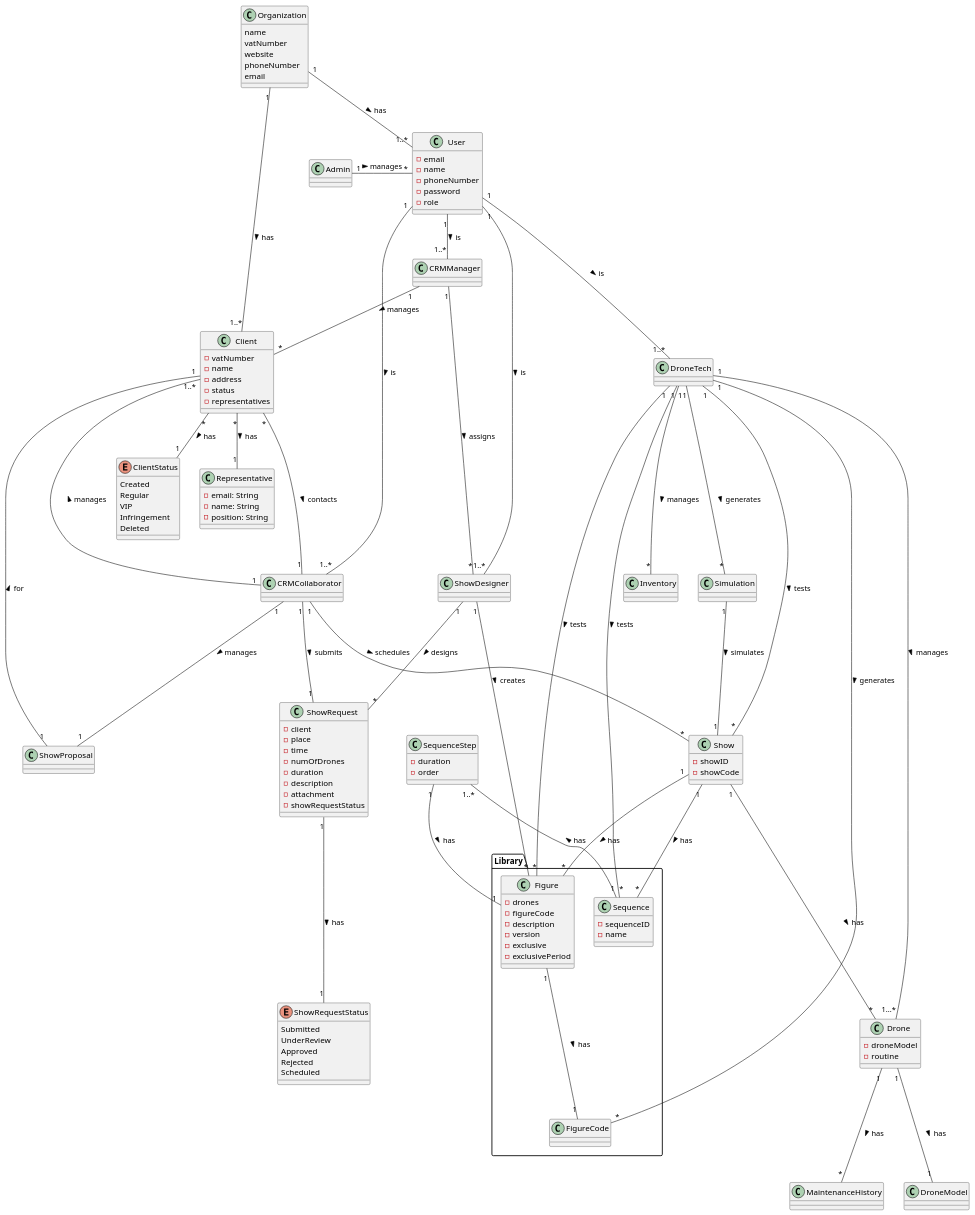
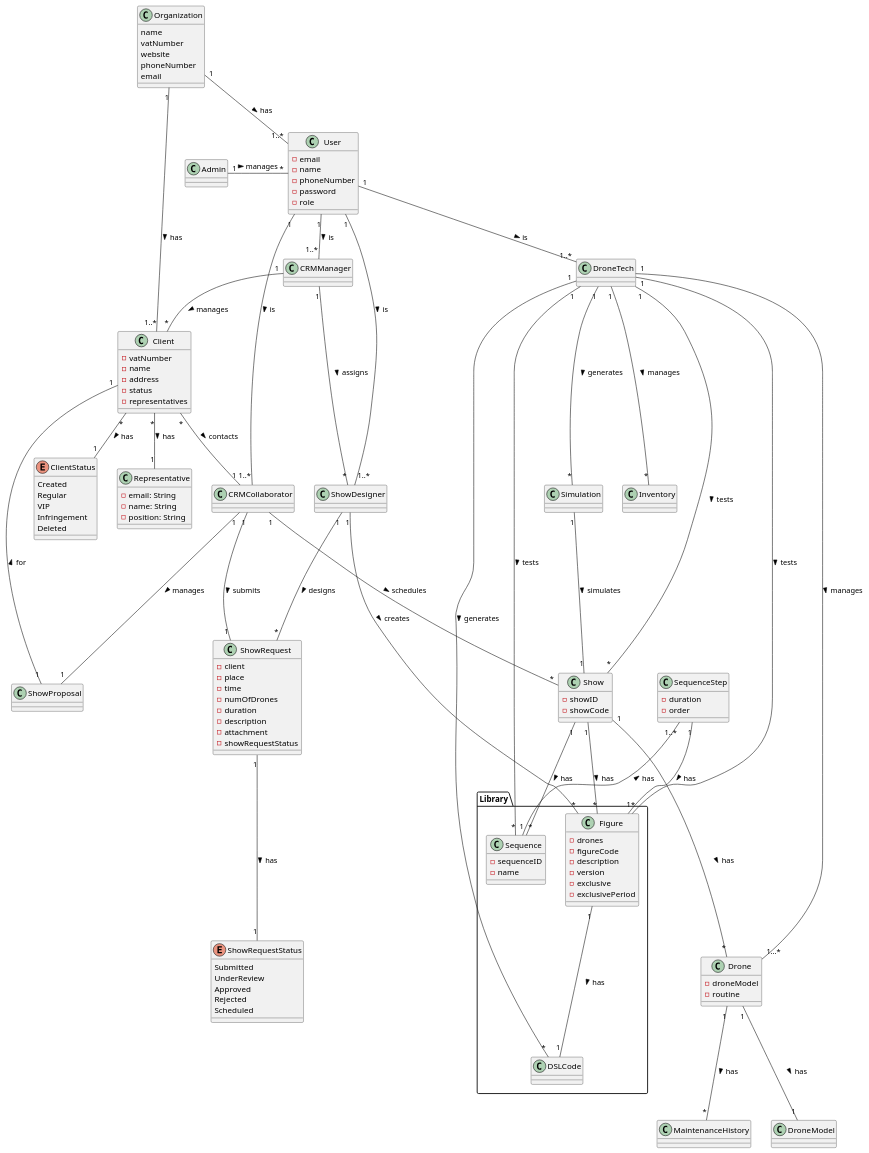
The diagram in SEMPI4_2425_G312/docs/Domain Model Tiago.puml (LopemigueISEP/LAPR4-G312), drawn with PlantUML before and after one commit. The commit also changed 1 other file, not shown here.

```diff
--- a/SEMPI4_2425_G312/docs/Domain Model Tiago.puml
+++ b/SEMPI4_2425_G312/docs/Domain Model Tiago.puml
@@ -1,191 +1,190 @@
 @startuml
 package Library{
 
     class Figure{
         - drones
         - figureCode
         - description
         - version
         - exclusive
         - exclusivePeriod
     }
 
-    class FigureCode{
+    class DSLCode{
     }
 
     class Sequence{
      - sequenceID
      - name
     }
 }
 
 class Organization {
     name
     vatNumber
     website
     phoneNumber
     email
 }
 
 class Client{
     - vatNumber
     - name
     - address
     - status
     - representatives
 }
 
 enum ClientStatus{
     Created
     Regular
     VIP
     Infringement
     Deleted
 }
 
 class Representative {
   - email: String
   - name: String
   - position: String
 }
 
 class ShowProposal{
 }
 
 class Show{
     - showID
     - showCode
 }
 
 class Simulation{
 }
 
 class User{
     - email
     - name
     - phoneNumber
     - password
     - role
 }
 
 class Admin{
 }
 
 class  CRMManager{
 }
 
 class CRMCollaborator{
 }
 
 class ShowDesigner{
 }
 
 class DroneTech{
 }
 
 class ShowRequest{
     - client
     - place
     - time
     - numOfDrones
     - duration
     - description
     - attachment
     - showRequestStatus
 }
 
 enum ShowRequestStatus {
   Submitted
   UnderReview
   Approved
   Rejected
   Scheduled
 }
 
 class MaintenanceHistory{
 }
 
 class Inventory{
 }
 
 class DroneModel{
 }
 
 class Drone{
     - droneModel
     - routine
 }
 
 class SequenceStep {
  - duration
  - order
 }
 
 /' Relationships '/
 
 ' System & User '
 Admin         "1"  -  "*"  User  : manages >
 
 ' Client Management '
 CRMManager    "1"  -- "*"  Client : manages >
 Client        "*"  -- "1"  ClientStatus : has >
 Client        "*"  -- "1"  CRMCollaborator : contacts >
 Client        "*"  -- "1"  Representative : has >
 
 ' Show Requests '
 CRMManager    "1"  -- "*"  ShowDesigner : assigns >
 ShowRequest   "1"  --- "1"  ShowRequestStatus : has >
 CRMCollaborator "1" --- "1"  ShowRequest : submits >
-CRMCollaborator "1" --- "1..*"  Client : manages >
 
 ' Show Proposal '
 CRMCollaborator "1" --- "1"  ShowProposal : manages >
 
 ' Show Design '
 ShowDesigner   "1" --- "*"  Figure : creates >
 ShowDesigner   "1" --- "*"  ShowRequest : designs >
 
 ' Show Scheduling '
 CRMCollaborator "1" --- "*"  Show : schedules >
 
 ' Drone Tech Operations '
 DroneTech      "1" --- "1...*"  Drone : manages >
 DroneTech      "1" --- "*"  Inventory : manages >
-DroneTech      "1" --- "*"  FigureCode : generates >
+DroneTech      "1" --- "*"  DSLCode : generates >
 DroneTech      "1" --- "*"  Figure : tests >
 DroneTech      "1" --- "*"  Sequence : tests >
 DroneTech      "1" --- "*"  Show : tests >
 DroneTech      "1" --- "*"  Simulation : generates >
 
 Drone      "1" --- "*"  MaintenanceHistory : has >
 Drone      "1" --- "1"  DroneModel : has >
 
 
 ' Figure Relationships '
-Figure         "1" --- "1"  FigureCode : has >
+Figure         "1" --- "1"  DSLCode : has >
 
 ' Show Relationships '
 Show           "1" -- "*"  Figure : has >
 Show           "1" -- "*"  Sequence : has >
 
 Show           "1" --- "*"  Drone : has >
 
 User "1" -- "1..*" CRMManager : is >
 User "1" -- "1..*" ShowDesigner : is >
 User "1" -- "1..*" CRMCollaborator : is >
 User "1" -- "1..*" DroneTech : is >
 
 Organization "1" -- "1..*" User : has >
 Organization "1" -- "1..*" Client : has >
 
 ShowProposal       "1"  -- "1"  Client  : for >
 
 Sequence "1" - "1..*" SequenceStep : has >
 
 SequenceStep "1" -- "1" Figure : has >
 
 Simulation "1" --- "1" Show : simulates >
 
 
 
 @enduml
```
